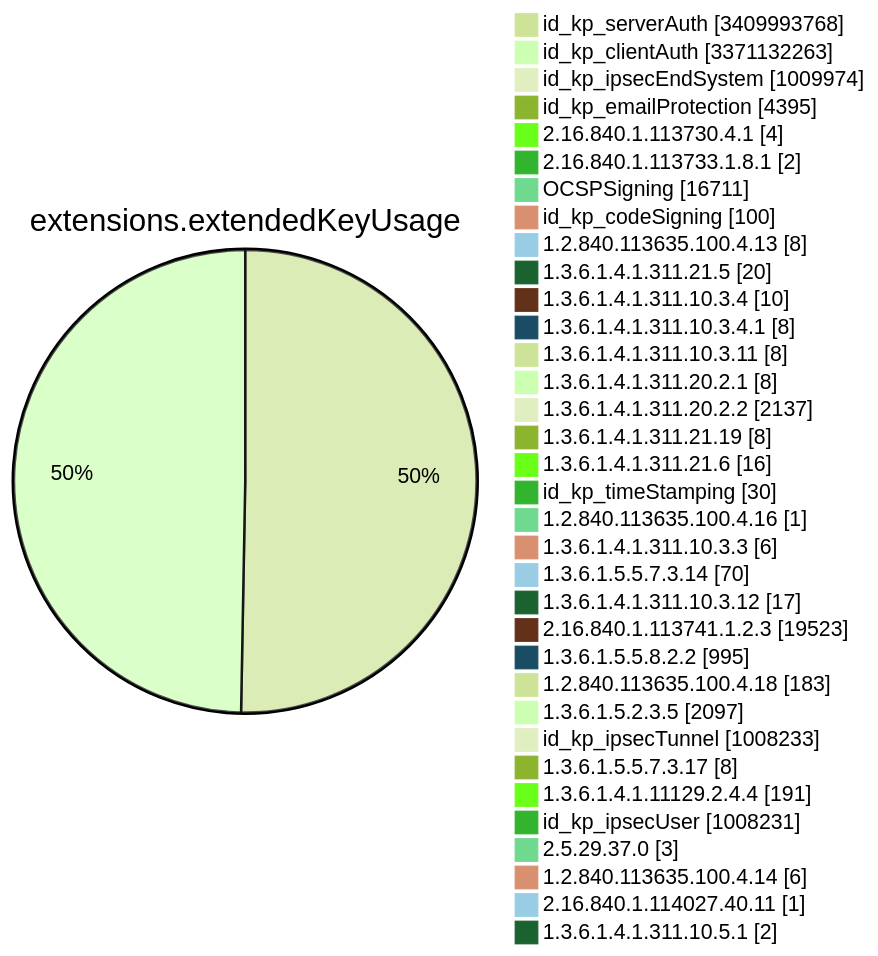
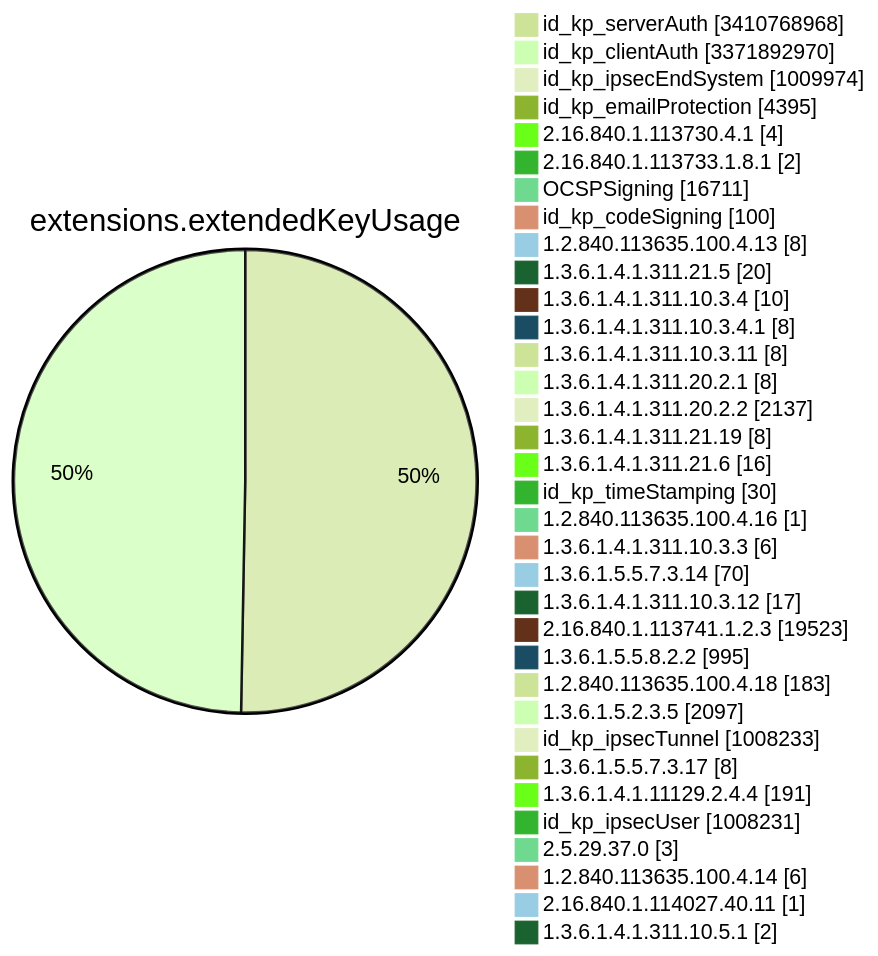
Before and after one commit to christiankrug/ctmonitor_visualization: diagram 11 of 15 in TOTAL/README.md, drawn with Mermaid (forest theme). The commit also changed other lines of this file, not shown here.

````diff
--- a/TOTAL/README.md
+++ b/TOTAL/README.md
@@ -4121,38 +4121,38 @@
 ```mermaid
 pie showData
 title extensions.extendedKeyUsage
-"id_kp_serverAuth" :3409993768
-"id_kp_clientAuth" :3371132263
+"id_kp_serverAuth" :3410768968
+"id_kp_clientAuth" :3371892970
 "id_kp_ipsecEndSystem" :1009974
 "id_kp_emailProtection" :4395
 "2.16.840.1.113730.4.1" :4
 "2.16.840.1.113733.1.8.1" :2
 "OCSPSigning" :16711
 "id_kp_codeSigning" :100
 "1.2.840.113635.100.4.13" :8
 "1.3.6.1.4.1.311.21.5" :20
 "1.3.6.1.4.1.311.10.3.4" :10
 "1.3.6.1.4.1.311.10.3.4.1" :8
 "1.3.6.1.4.1.311.10.3.11" :8
 "1.3.6.1.4.1.311.20.2.1" :8
 "1.3.6.1.4.1.311.20.2.2" :2137
 "1.3.6.1.4.1.311.21.19" :8
 "1.3.6.1.4.1.311.21.6" :16
 "id_kp_timeStamping" :30
 "1.2.840.113635.100.4.16" :1
 "1.3.6.1.4.1.311.10.3.3" :6
 "1.3.6.1.5.5.7.3.14" :70
 "1.3.6.1.4.1.311.10.3.12" :17
 "2.16.840.1.113741.1.2.3" :19523
 "1.3.6.1.5.5.8.2.2" :995
 "1.2.840.113635.100.4.18" :183
 "1.3.6.1.5.2.3.5" :2097
 "id_kp_ipsecTunnel" :1008233
 "1.3.6.1.5.5.7.3.17" :8
 "1.3.6.1.4.1.11129.2.4.4" :191
 "id_kp_ipsecUser" :1008231
 "2.5.29.37.0" :3
 "1.2.840.113635.100.4.14" :6
 "2.16.840.1.114027.40.11" :1
 "1.3.6.1.4.1.311.10.5.1" :2
 ```
````
